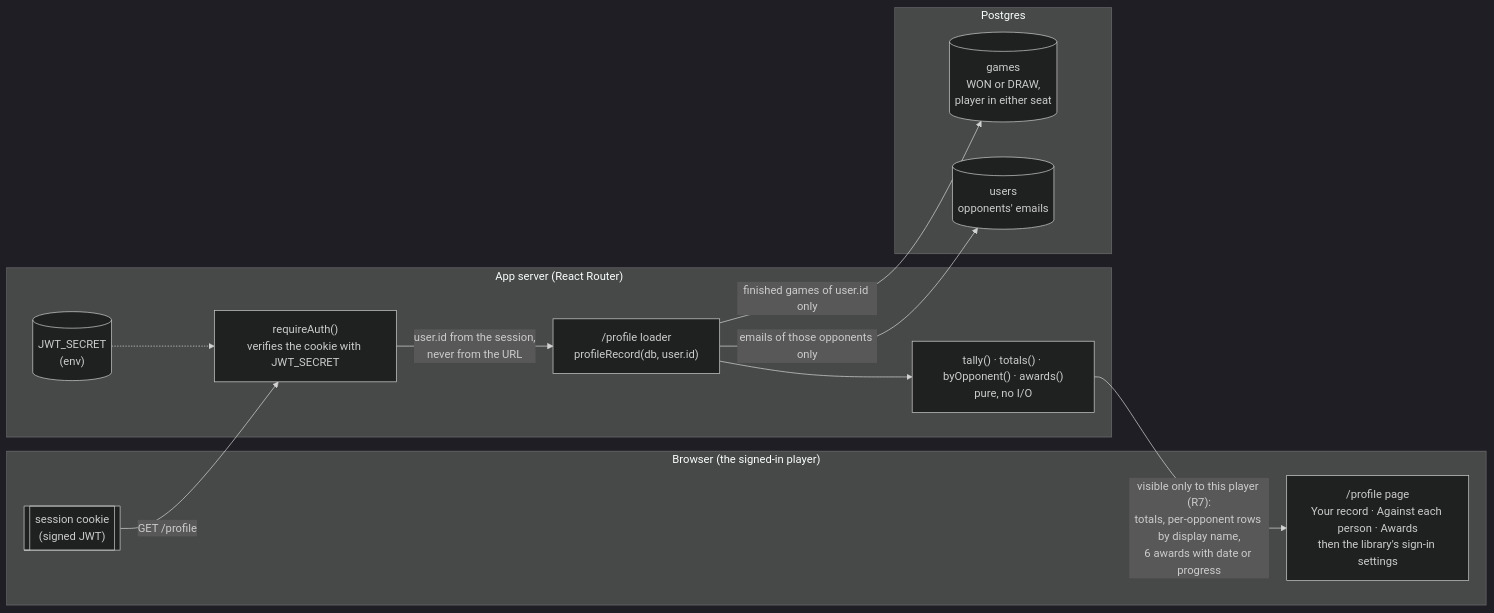
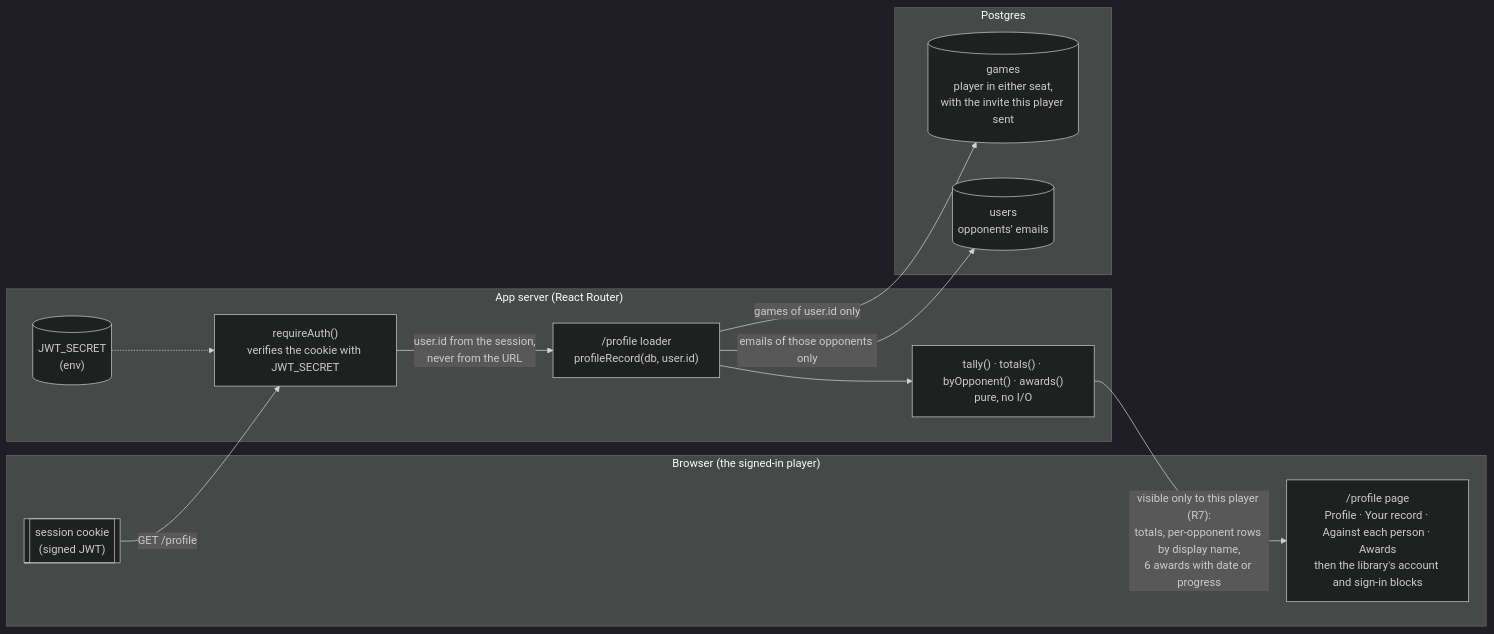
One commit to activescott/four-in-a-row changed the diagram in docs/design/profile-record.md. Above: the diagram before and after it, drawn with Mermaid (dark theme). The commit also changed other lines of this file, not shown here.

First line of the commit message:
docs: lay out the profile page as agreed

````diff
--- a/docs/design/profile-record.md
+++ b/docs/design/profile-record.md
@@ -24,27 +25,27 @@
 ```mermaid
 flowchart LR
   subgraph Browser["Browser (the signed-in player)"]
     cookie[["session cookie<br/>(signed JWT)"]]
-    page["/profile page<br/>Your record · Against each person · Awards<br/>then the library's sign-in settings"]
+    page["/profile page<br/>Profile · Your record · Against each person · Awards<br/>then the library's account and sign-in blocks"]
   end
 
   subgraph Server["App server (React Router)"]
     auth["requireAuth()<br/>verifies the cookie with JWT_SECRET"]
     loader["/profile loader<br/>profileRecord(db, user.id)"]
     pure["tally() · totals() · byOpponent() · awards()<br/>pure, no I/O"]
     secret[("JWT_SECRET<br/>(env)")]
   end
 
   subgraph DB["Postgres"]
-    games[("games<br/>WON or DRAW,<br/>player in either seat")]
+    games[("games<br/>player in either seat,<br/>with the invite this player sent")]
     users[("users<br/>opponents' emails")]
   end
 
   cookie -- "GET /profile" --> auth
   secret -.-> auth
   auth -- "user.id from the session,<br/>never from the URL" --> loader
-  loader -- "finished games of user.id only" --> games
+  loader -- "games of user.id only" --> games
   loader -- "emails of those opponents only" --> users
   loader --> pure
   pure -- "visible only to this player (R7):<br/>totals, per-opponent rows by display name,<br/>6 awards with date or progress" --> page
 ```
````
